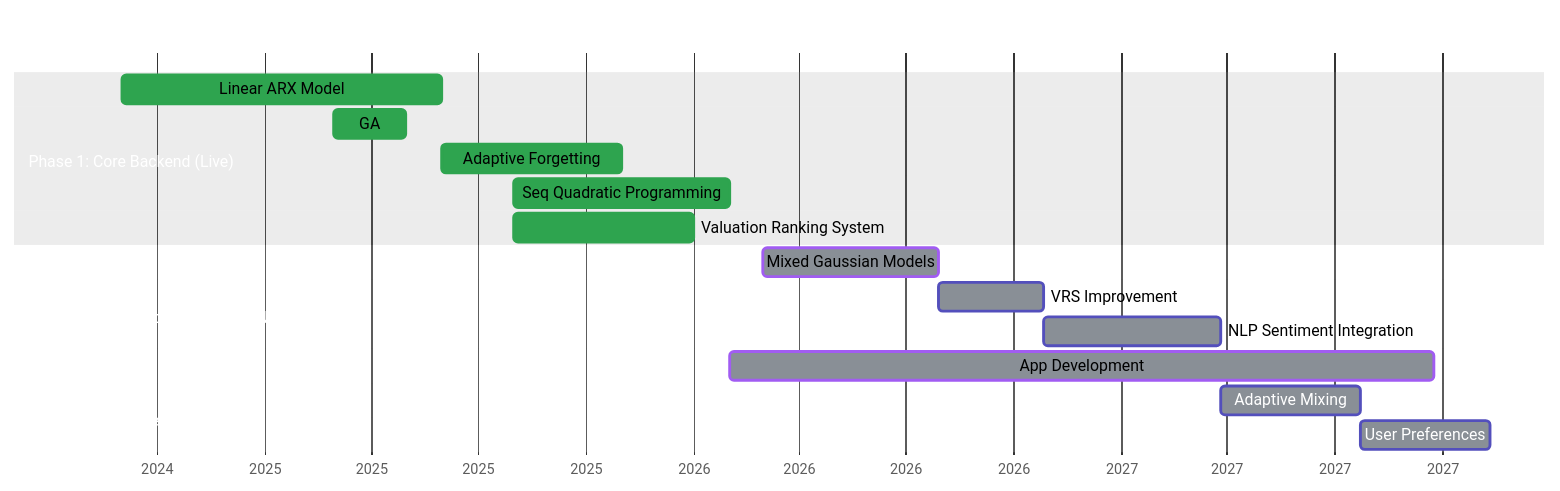
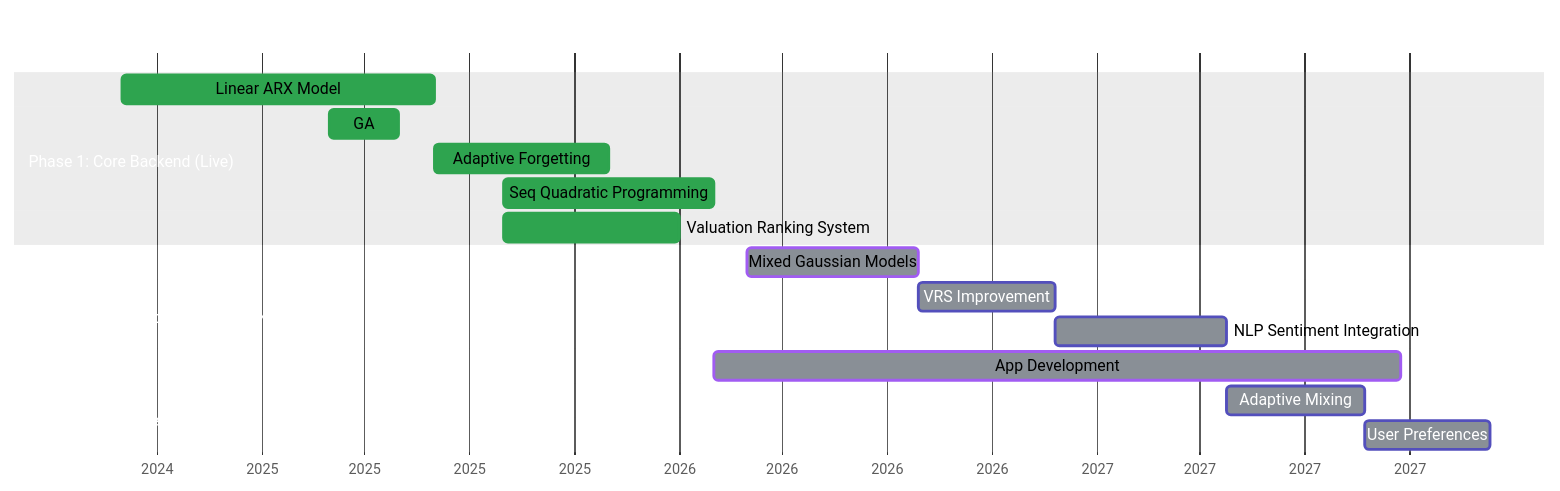
One commit to ProchTomas/ResearchProject changed the diagram in README.md. Above: the diagram before and after it, drawn with Mermaid.

````diff
--- a/README.md
+++ b/README.md
@@ -1,46 +1,46 @@
 ```mermaid
 %%{init: { 
   'themeVariables': {
     'primaryColor': '#7A7A7A',
     'primaryTextColor': '#24292e',
     'primaryBorderColor': '#d1d5da',
     'lineColor': '#f03a17',
     'secondaryColor': '#fff',
     'tertiaryColor': '#fff',
     
     'titleColor': '#fff',
     'sectionBkgColor': '#A1A1A1',
     'sectionBkgColor2': '#fff',
     
     'taskBkgColor': '#898F96',
     'taskTextLightColor': '#24292e',
     
     'doneTaskBkgColor': '#2ea44f',
     'doneTaskBorderColor': '#2ea44f',
     
     'activeTaskBkgColor': '#898F96',
     'activeTaskBorderColor': '#A15CF2'
   }
 } }%%
 gantt
     title Portfolio Optimization Roadmap
     dateFormat  YYYY-MM-DD
     axisFormat  %Y
     
     section Phase 1: Core Backend (Live)
     Linear ARX Model           :done,    des1, 2024-09-01, 2025-06-01
     GA                         :done,    des2, 2025-03-01, 2025-05-01
     Adaptive Forgetting        :done,    des3, 2025-06-01, 2025-11-01
     Seq Quadratic Programming  :done,    des4, 2025-08-01, 2026-02-01
     Valuation Ranking System   :done,    des5, 2025-08-01, 2026-01-01
 
     section Phase 2: Advanced Intelligence (Next)
     Mixed Gaussian Models      :active,    p2a, 2026-03-01, 150d
-    VRS Improvement            :           p2b, after p2a, 90d
+    VRS Improvement            :           p2b, after p2a, 120d
     NLP Sentiment Integration  :           p2c, after p2b, 150d
     App Development            :active,    p2d, 2026-02-01, 600d
 
     section Phase 3: Convergence (Future)
     Adaptive Mixing            :         p3a, after p2c, 120d
     User Preferences           :         p3b, after p3a, 110d
 ```
````
